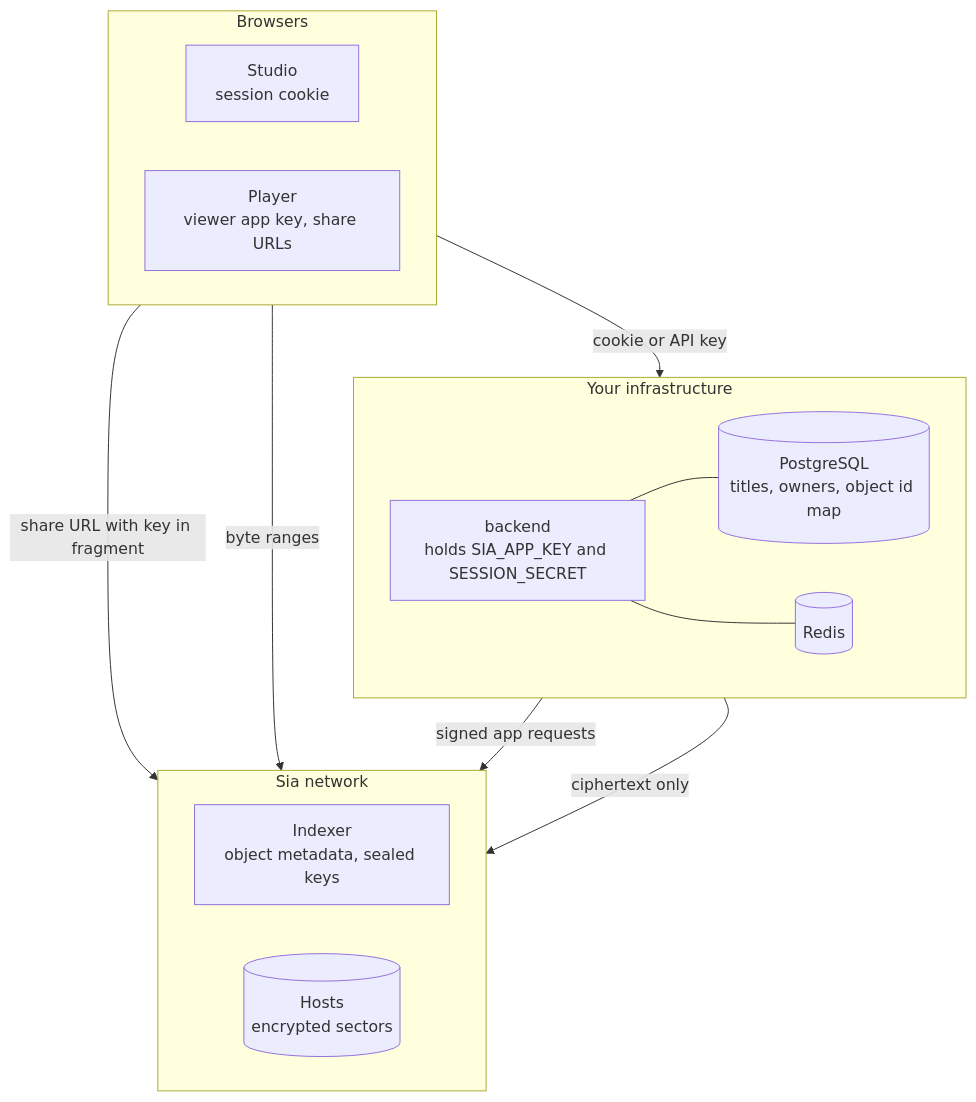
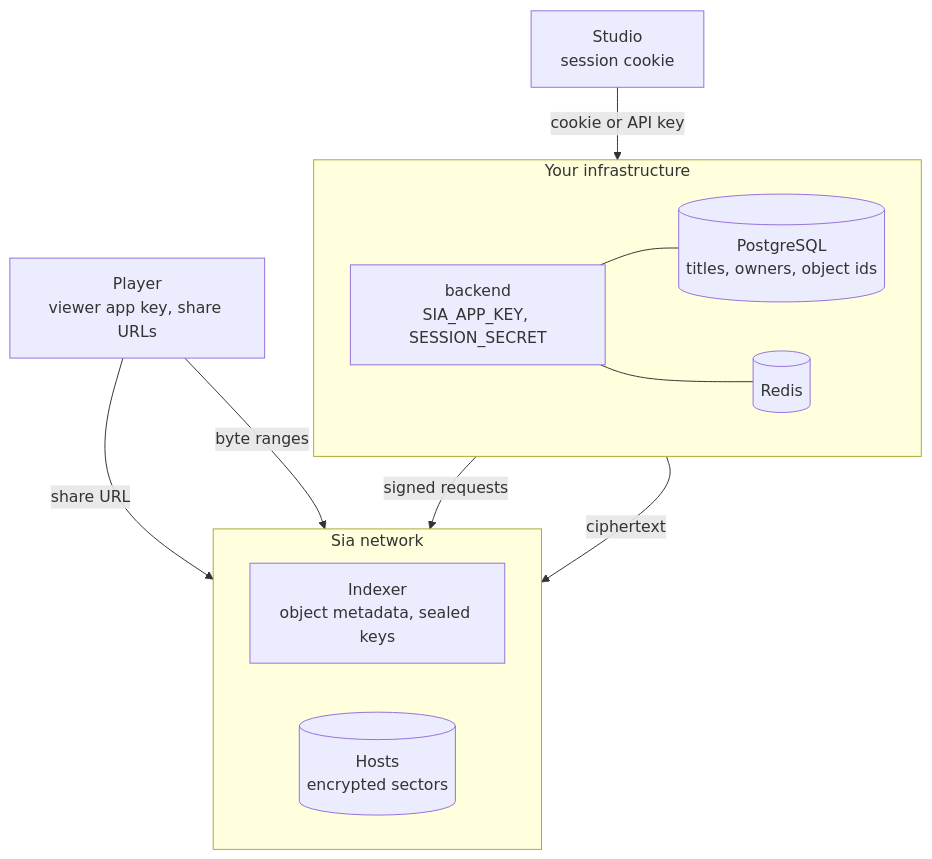
Before and after one commit to justmert/Sluby: the second of 2 diagrams in docs/architecture/index.md, drawn with Mermaid. The commit also changed other lines of this file, not shown here.

Commit message:
correct the worker concurrencies, per-process state and redis use in the architecture overview, and narrow the trust boundaries diagram

````diff
--- a/docs/architecture/index.md
+++ b/docs/architecture/index.md
@@ -77,26 +77,23 @@
 ```mermaid
 flowchart TB
+  st["Studio<br/>session cookie"]
+  vw["Player<br/>viewer app key, share URLs"]
   subgraph yours [Your infrastructure]
     direction LR
-    be["backend<br/>holds SIA_APP_KEY and SESSION_SECRET"]
-    db[("PostgreSQL<br/>titles, owners, object id map")]
+    be["backend<br/>SIA_APP_KEY, SESSION_SECRET"]
+    db[("PostgreSQL<br/>titles, owners, object ids")]
     rd[(Redis)]
     be --- db
     be --- rd
   end
   subgraph sia [Sia network]
     direction LR
     idx["Indexer<br/>object metadata, sealed keys"]
     hst[("Hosts<br/>encrypted sectors")]
   end
-  subgraph browsers [Browsers]
-    direction LR
-    st["Studio<br/>session cookie"]
-    vw["Player<br/>viewer app key, share URLs"]
-  end
-  be -- "signed app requests" --> idx
-  be -- "ciphertext only" --> hst
   st -- "cookie or API key" --> be
-  vw -- "share URL with key in fragment" --> idx
+  be -- "signed requests" --> idx
+  be -- "ciphertext" --> hst
+  vw -- "share URL" --> idx
   vw -- "byte ranges" --> hst
 ```
````
